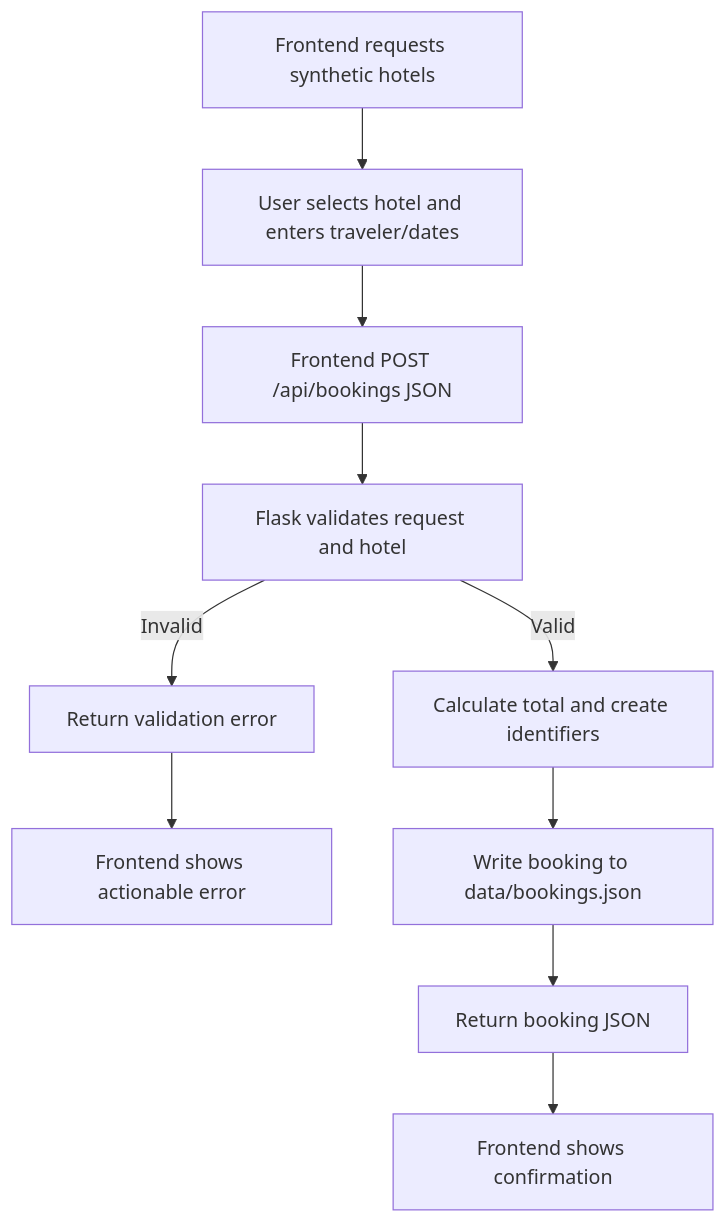
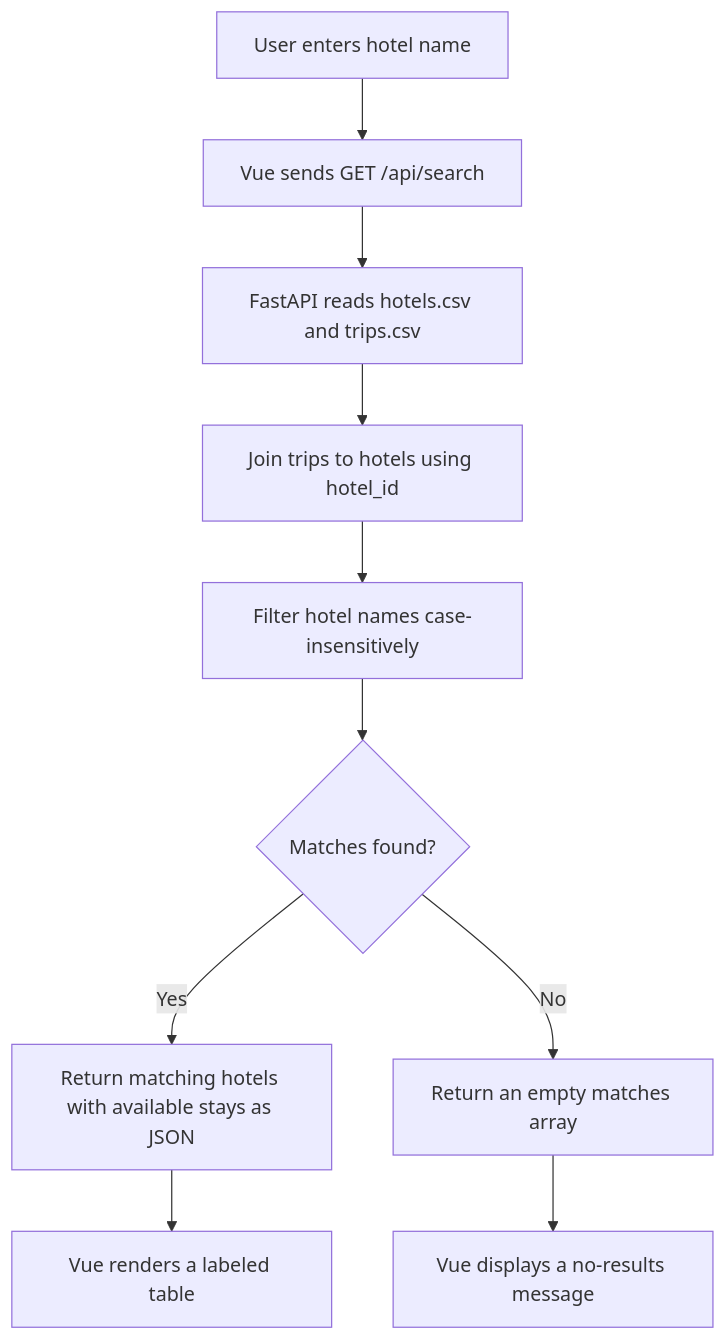
One commit to clarissaalessi1-creator/travelbooking-app changed the diagram in docs/design.md. Above: the diagram before and after it, drawn with Mermaid. The commit also changed other lines of this file and 22 other files, not shown here.

Commit message:
Complete Part 1 Vue FastAPI CSV search

````diff
--- a/docs/design.md
+++ b/docs/design.md
@@ -55,12 +35,12 @@
 ```mermaid
 flowchart TD
-  A[Frontend requests synthetic hotels] --> B[User selects hotel and enters traveler/dates]
-  B --> C[Frontend POST /api/bookings JSON]
-  C --> D[Flask validates request and hotel]
-  D -->|Invalid| E[Return validation error]
-  E --> F[Frontend shows actionable error]
-  D -->|Valid| G[Calculate total and create identifiers]
-  G --> H[Write booking to data/bookings.json]
-  H --> I[Return booking JSON]
-  I --> J[Frontend shows confirmation]
+  A[User enters hotel name] --> B[Vue sends GET /api/search]
+  B --> C[FastAPI reads hotels.csv and trips.csv]
+  C --> D[Join trips to hotels using hotel_id]
+  D --> E[Filter hotel names case-insensitively]
+  E --> F{Matches found?}
+  F -->|Yes| G[Return matching hotels with available stays as JSON]
+  G --> H[Vue renders a labeled table]
+  F -->|No| I[Return an empty matches array]
+  I --> J[Vue displays a no-results message]
 ```
````
